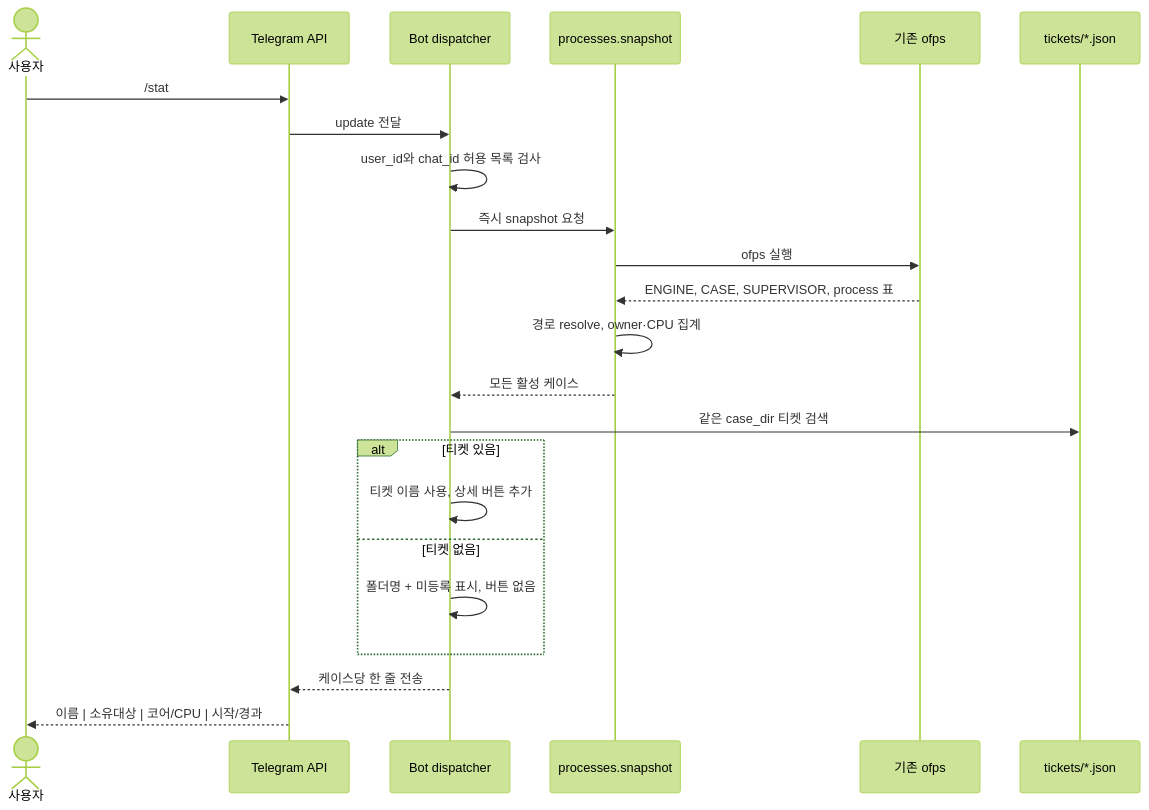
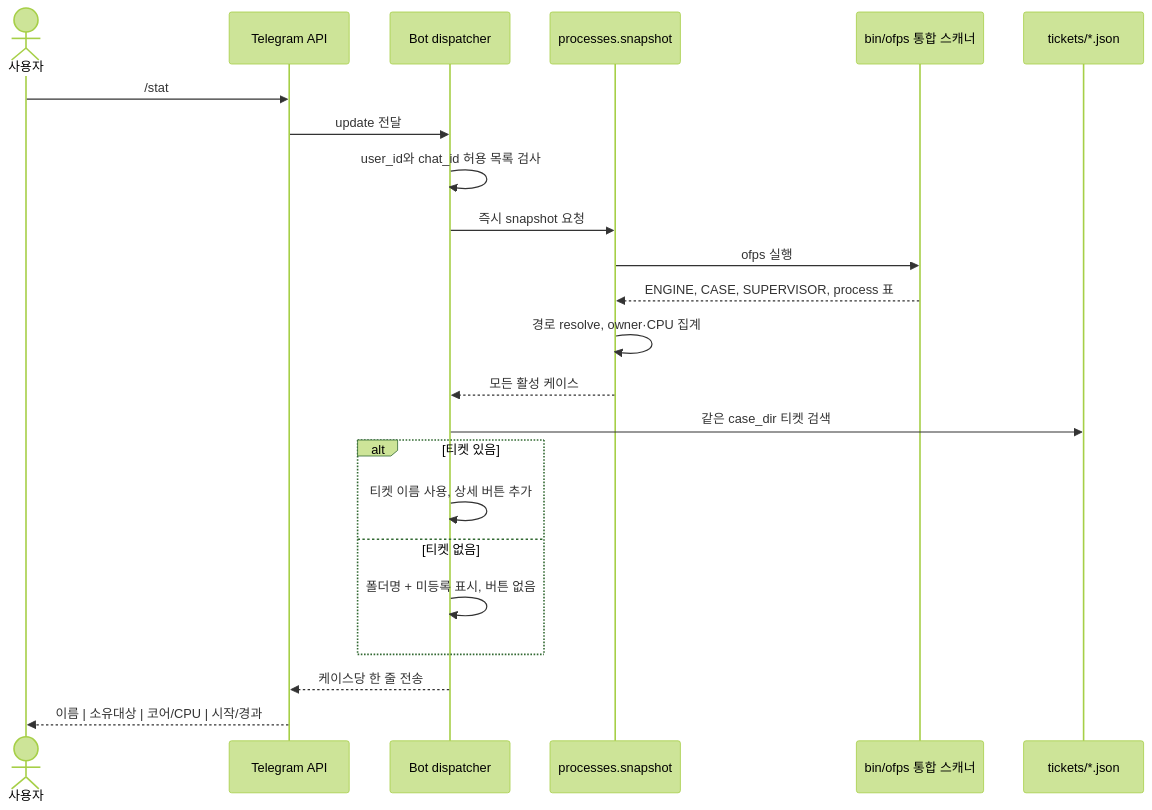
One commit to jo0n-lab/cfd-bot changed the second of 11 diagrams in docs/ARCHITECTURE.md. Above: the diagram before and after it, drawn with Mermaid (forest theme). The commit also changed other lines of this file and 11 other files, not shown here.

````diff
--- a/docs/ARCHITECTURE.md
+++ b/docs/ARCHITECTURE.md
@@ -162,26 +163,26 @@
 ```mermaid
 sequenceDiagram
     actor U as 사용자
     participant T as Telegram API
     participant B as Bot dispatcher
     participant P as processes.snapshot
-    participant O as 기존 ofps
+    participant O as bin/ofps 통합 스캐너
     participant C as tickets/*.json
 
     U->>T: /stat
     T->>B: update 전달
     B->>B: user_id와 chat_id 허용 목록 검사
     B->>P: 즉시 snapshot 요청
     P->>O: ofps 실행
     O-->>P: ENGINE, CASE, SUPERVISOR, process 표
     P->>P: 경로 resolve, owner·CPU 집계
     P-->>B: 모든 활성 케이스
     B->>C: 같은 case_dir 티켓 검색
     alt 티켓 있음
         B->>B: 티켓 이름 사용, 상세 버튼 추가
     else 티켓 없음
         B->>B: 폴더명 + 미등록 표시, 버튼 없음
     end
     B-->>T: 케이스당 한 줄 전송
     T-->>U: 이름 | 소유대상 | 코어/CPU | 시작/경과
 ```
````
